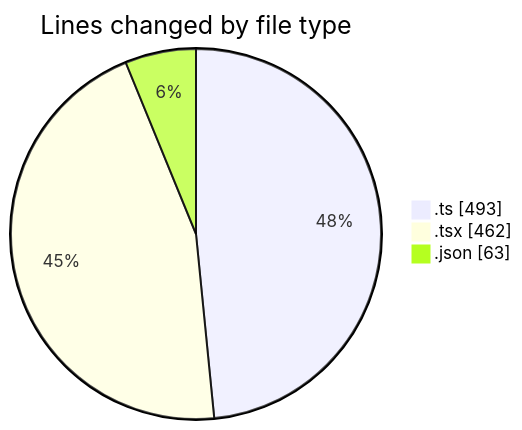
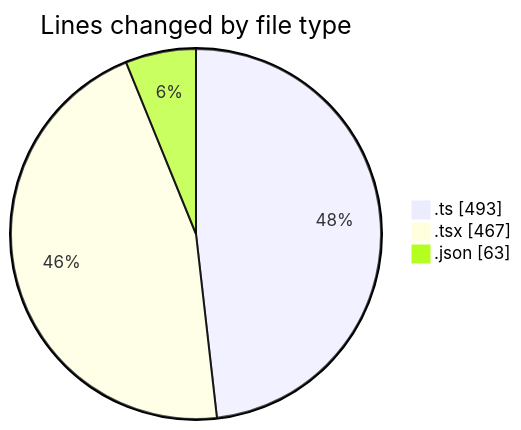
One commit to julien-gomy/code-tracking changed the first of 2 diagrams in 2025-11-24/eventscop-frontend-guide__workspace_/README.md. Above: the diagram before and after it, drawn with Mermaid. The commit also changed other lines of this file and 1 other file, not shown here.

````diff
--- a/2025-11-24/eventscop-frontend-guide__workspace_/README.md
+++ b/2025-11-24/eventscop-frontend-guide__workspace_/README.md
@@ -34,7 +34,7 @@
 ```mermaid
 pie showData
 title Lines changed by file type
 ".ts" : 493
-".tsx" : 462
+".tsx" : 467
 ".json" : 63
 ```
````
